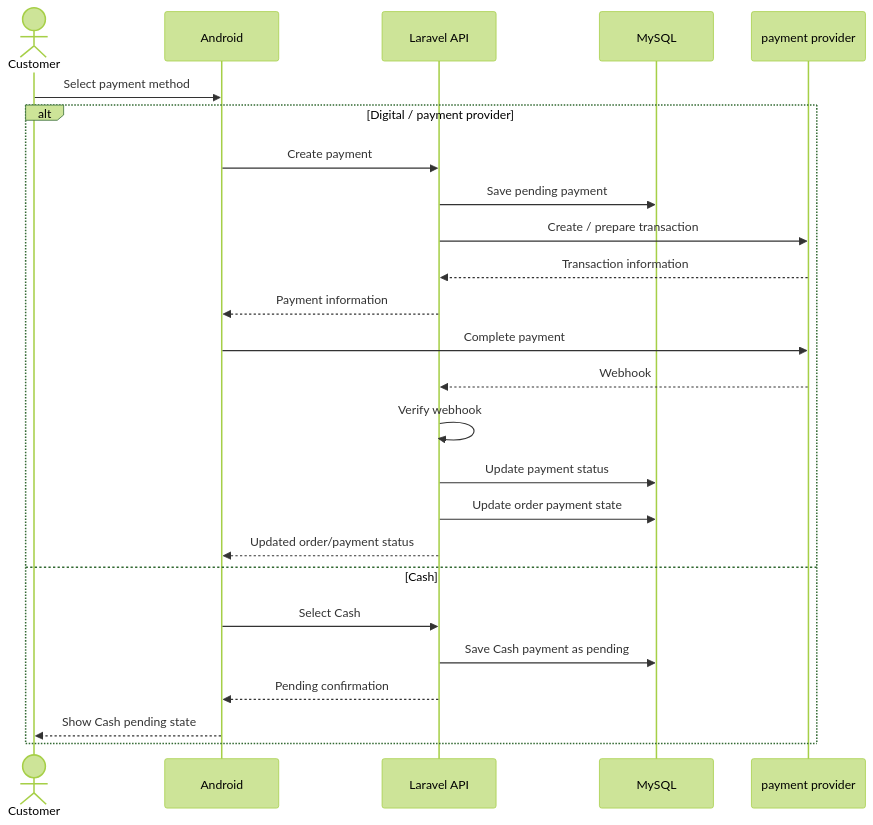
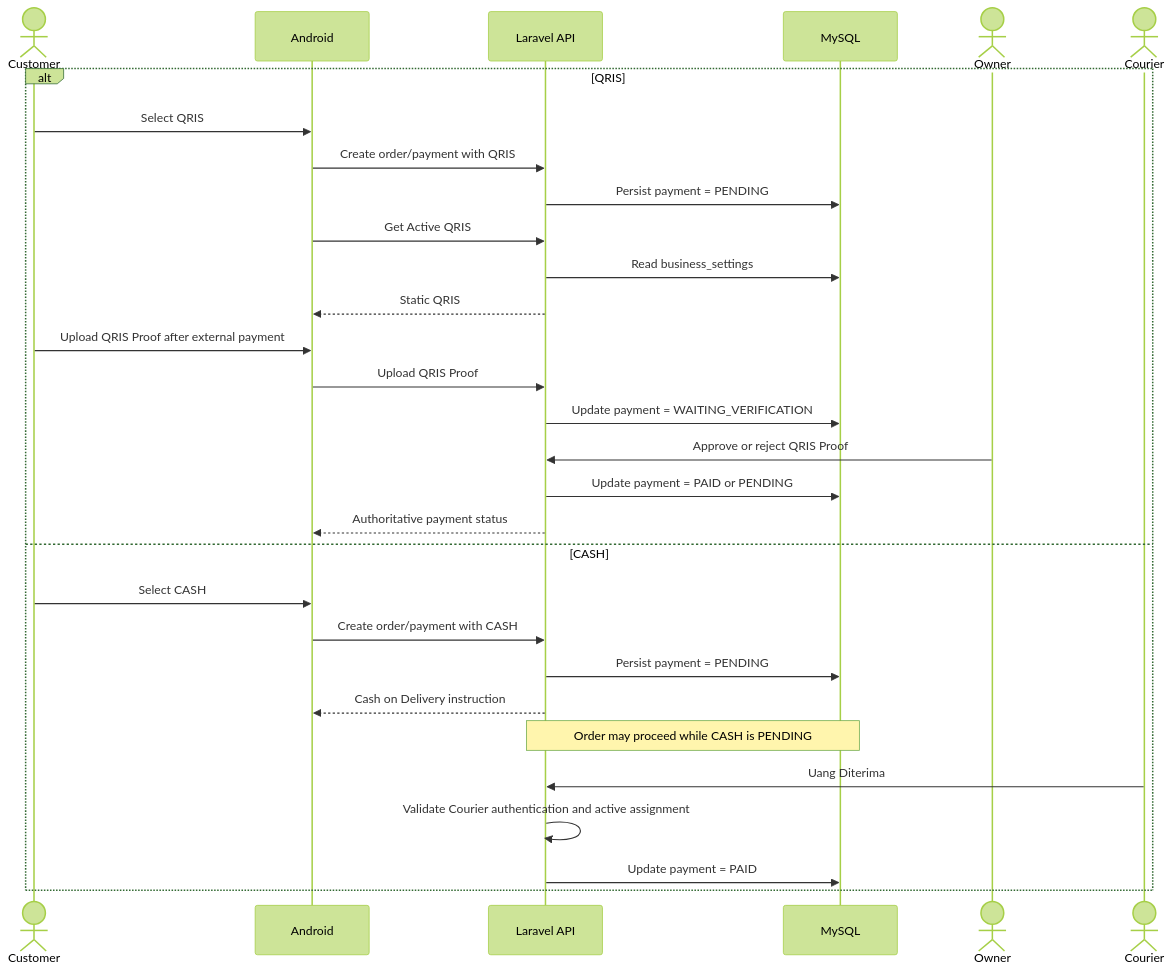
Diagram 14 of 23 in docs/04_KYUSUI_SYSTEM_WORKFLOW_REBUILT.md (RadinataP/kyusui), drawn with Mermaid (forest theme) before and after one commit. The commit also changed other lines of this file and 3 other files, not shown here.

````diff
--- a/docs/04_KYUSUI_SYSTEM_WORKFLOW_REBUILT.md
+++ b/docs/04_KYUSUI_SYSTEM_WORKFLOW_REBUILT.md
@@ -825,29 +792,33 @@
 ``` mermaid
 sequenceDiagram
     actor C as Customer
     participant A as Android
     participant API as Laravel API
     participant DB as MySQL
-    participant M as payment provider
+    actor O as Owner
+    actor D as Courier
 
-    C->>A: Select payment method
-
-    alt Digital / payment provider
-        A->>API: Create payment
-        API->>DB: Save pending payment
-        API->>M: Create / prepare transaction
-        M-->>API: Transaction information
-        API-->>A: Payment information
-        A->>M: Complete payment
-        M-->>API: Webhook
-        API->>API: Verify webhook
-        API->>DB: Update payment status
-        API->>DB: Update order payment state
-        API-->>A: Updated order/payment status
-    else Cash
-        A->>API: Select Cash
-        API->>DB: Save Cash payment as pending
-        API-->>A: Pending confirmation
-        A-->>C: Show Cash pending state
+    alt QRIS
+        C->>A: Select QRIS
+        A->>API: Create order/payment with QRIS
+        API->>DB: Persist payment = PENDING
+        A->>API: Get Active QRIS
+        API->>DB: Read business_settings
+        API-->>A: Static QRIS
+        C->>A: Upload QRIS Proof after external payment
+        A->>API: Upload QRIS Proof
+        API->>DB: Update payment = WAITING_VERIFICATION
+        O->>API: Approve or reject QRIS Proof
+        API->>DB: Update payment = PAID or PENDING
+        API-->>A: Authoritative payment status
+    else CASH
+        C->>A: Select CASH
+        A->>API: Create order/payment with CASH
+        API->>DB: Persist payment = PENDING
+        API-->>A: Cash on Delivery instruction
+        Note over API,DB: Order may proceed while CASH is PENDING
+        D->>API: Uang Diterima
+        API->>API: Validate Courier authentication and active assignment
+        API->>DB: Update payment = PAID
     end
 ```
````
